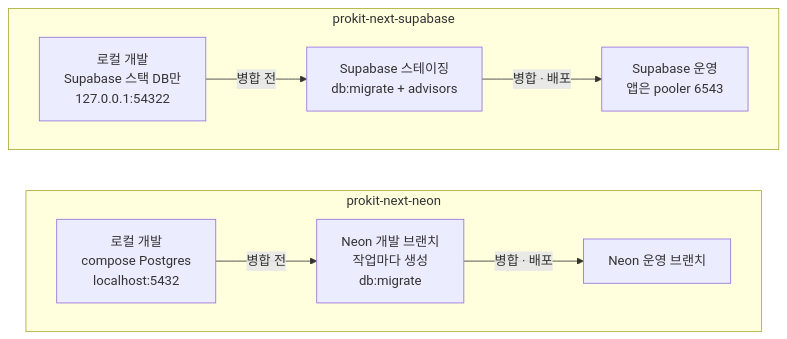
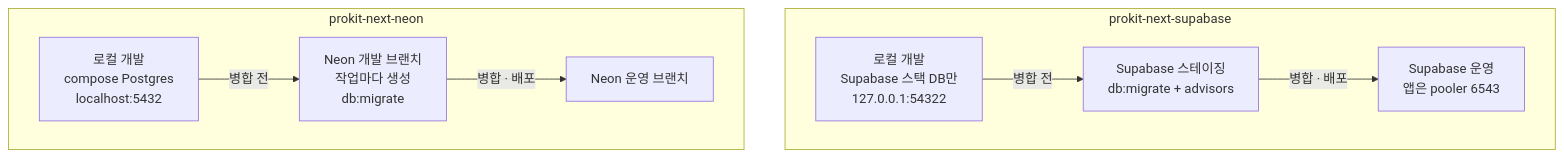
Before and after one commit to roadkwon-ai/pro-kit: the first of 2 diagrams in handbook/templates/choose.md, drawn with Mermaid. The commit also changed other lines of this file and 21 other files, not shown here.

````diff
--- a/handbook/templates/choose.md
+++ b/handbook/templates/choose.md
@@ -9,13 +9,16 @@
 ```mermaid
-flowchart LR
+---
+config:
+  flowchart:
+    wrappingWidth: 220
+---
+flowchart TB
+  subgraph SUPA["prokit-next-supabase"]
+    S1["로컬 개발<br/>Supabase 스택 DB만<br/>127.0.0.1:54322"] -->|병합 전| S2["Supabase 스테이징<br/>db:migrate + advisors"]
+    S2 -->|병합 · 배포| S3["Supabase 운영<br/>앱은 pooler 6543"]
+  end
   subgraph NEON["prokit-next-neon"]
-    direction LR
     N1["로컬 개발<br/>compose Postgres<br/>localhost:5432"] -->|병합 전| N2["Neon 개발 브랜치<br/>작업마다 생성<br/>db:migrate"]
     N2 -->|병합 · 배포| N3["Neon 운영 브랜치"]
   end
-  subgraph SUPA["prokit-next-supabase"]
-    direction LR
-    S1["로컬 개발<br/>Supabase 스택 DB만<br/>127.0.0.1:54322"] -->|병합 전| S2["Supabase 스테이징<br/>db:migrate + advisors"]
-    S2 -->|병합 · 배포| S3["Supabase 운영<br/>앱은 pooler 6543"]
-  end
 ```
````
